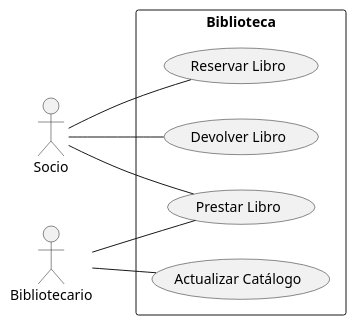
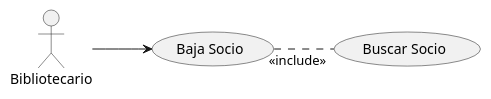
One commit to sergikarx/casos-de-uso-con-PlantUml-II-Sergio-Aroca changed the diagram in src/casos_de_uso_con_PlantUml_IISAM.puml. Above: the diagram before and after it, drawn with PlantUML. The commit also changed 1 other file, not shown here.

```diff
--- a/src/casos_de_uso_con_PlantUml_IISAM.puml
+++ b/src/casos_de_uso_con_PlantUml_IISAM.puml
@@ -1,19 +1,12 @@
 @startuml
 left to right direction
-:Socio: as Actor
-:Bibliotecario: as Actor2
+:Bibliotecario: as Actor
 
-rectangle Biblioteca as Biblioteca  {
-(Reservar Libro) as Reservar
-(Prestar Libro) as Prestar
-(Devolver Libro) as Devolver
-(Actualizar Catálogo) as Actualizar
-}
 
-Actor -- Reservar
-Actor -- Prestar
-Actor -- Devolver
+(Baja Socio) as Baja
+(Buscar Socio) as Buscar
 
-Actor2 -- Prestar
-Actor2 -- Actualizar
+Actor --> Baja
+Baja .."<<include>>" Buscar
+
 @enduml
```
